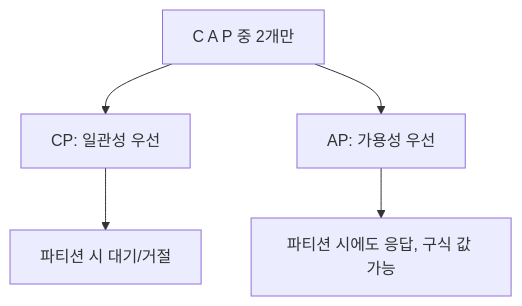
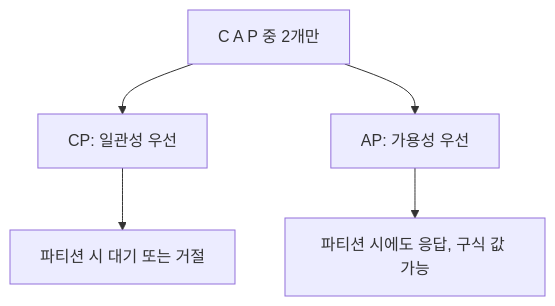
One commit to gwonmin/QuizNox_front changed the diagram in public/handbook/core-cs/cap-theorem.md. Above: the diagram before and after it, drawn with Mermaid. The commit also changed other lines of this file and 125 other files, not shown here.

````diff
--- a/public/handbook/core-cs/cap-theorem.md
+++ b/public/handbook/core-cs/cap-theorem.md
@@ -18,8 +20,8 @@
 ```mermaid
 flowchart TB
   CAP[C A P 중 2개만]
   CAP --> CP[CP: 일관성 우선]
   CAP --> AP[AP: 가용성 우선]
-  CP --> C1[파티션 시 대기/거절]
+  CP --> C1[파티션 시 대기 또는 거절]
   AP --> A1[파티션 시에도 응답, 구식 값 가능]
 ```
````
